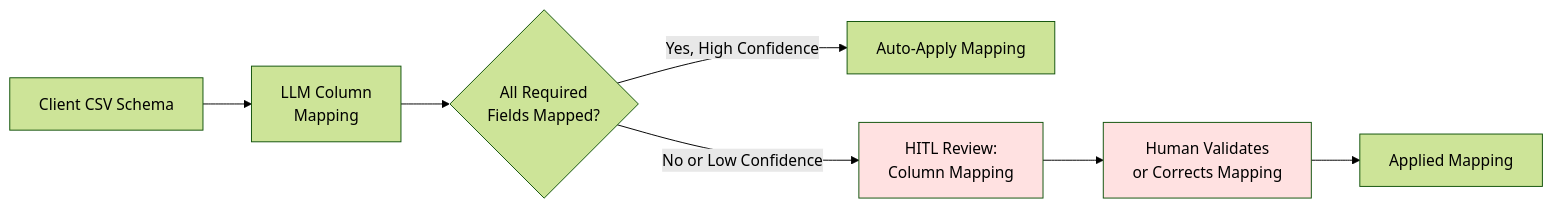
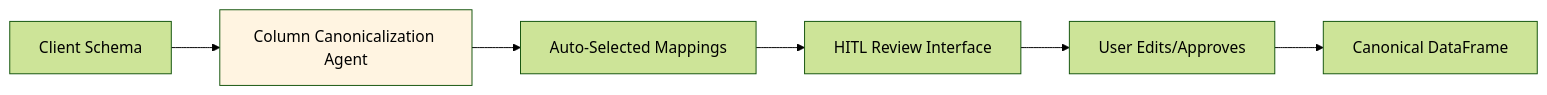
Before and after one commit to prince1823/colab91-ap-agent: the ninth of 11 diagrams in docs/architecture.md, drawn with Mermaid (forest theme). The commit also changed other lines of this file and 1 other file, not shown here.

````diff
--- a/docs/architecture.md
+++ b/docs/architecture.md
@@ -696,15 +283,10 @@
 ```mermaid
 flowchart LR
-    A[Client CSV Schema] --> B[LLM Column<br/>Mapping]
+    A[Client Schema] --> B[Column Canonicalization Agent]
+    B --> C[Auto-Selected Mappings]
+    C --> D[HITL Review Interface]
+    D --> E[User Edits/Approves]
+    E --> F[Canonical DataFrame]
     
-    B --> C{All Required<br/>Fields Mapped?}
-    
-    C -->|Yes, High Confidence| D[Auto-Apply Mapping]
-    C -->|No or Low Confidence| E[HITL Review:<br/>Column Mapping]
-    
-    E --> F[Human Validates<br/>or Corrects Mapping]
-    F --> G[Applied Mapping]
-    
-    style E fill:#ffe1e1
-    style F fill:#ffe1e1
+    style B fill:#fff4e1
 ```
````
